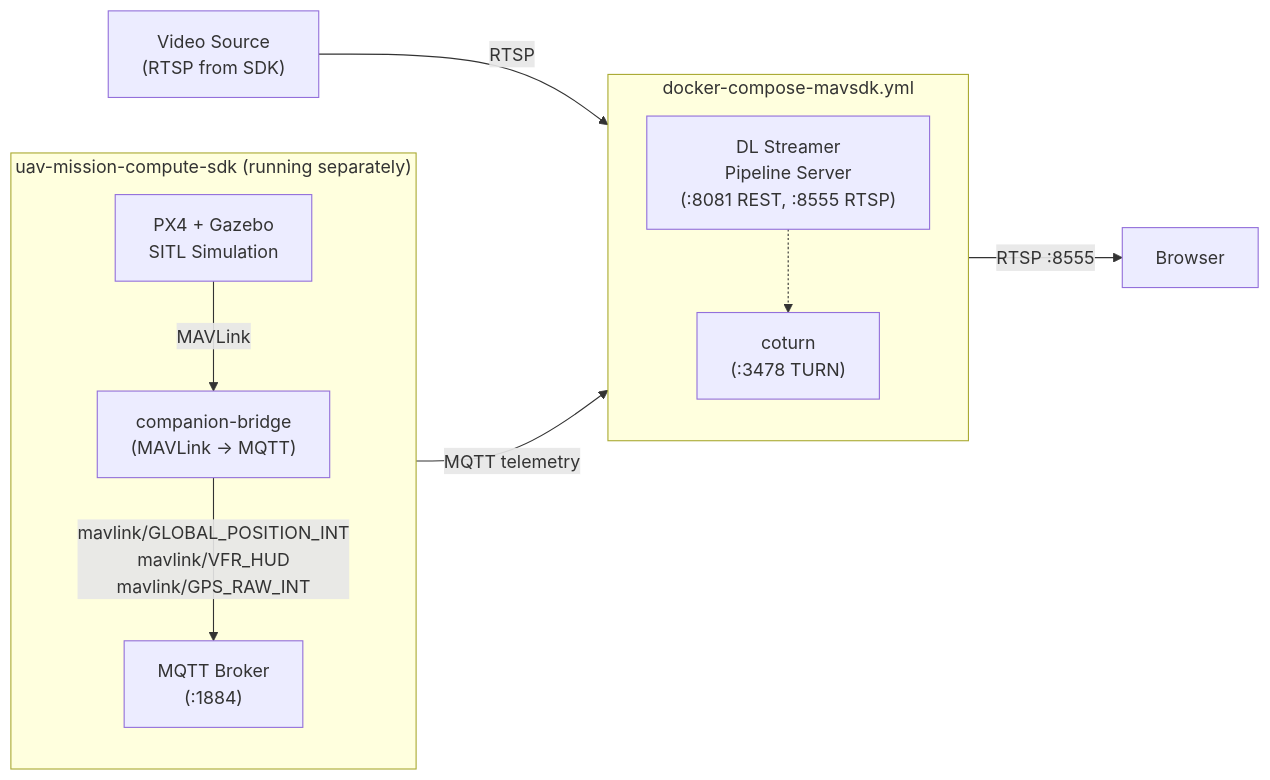
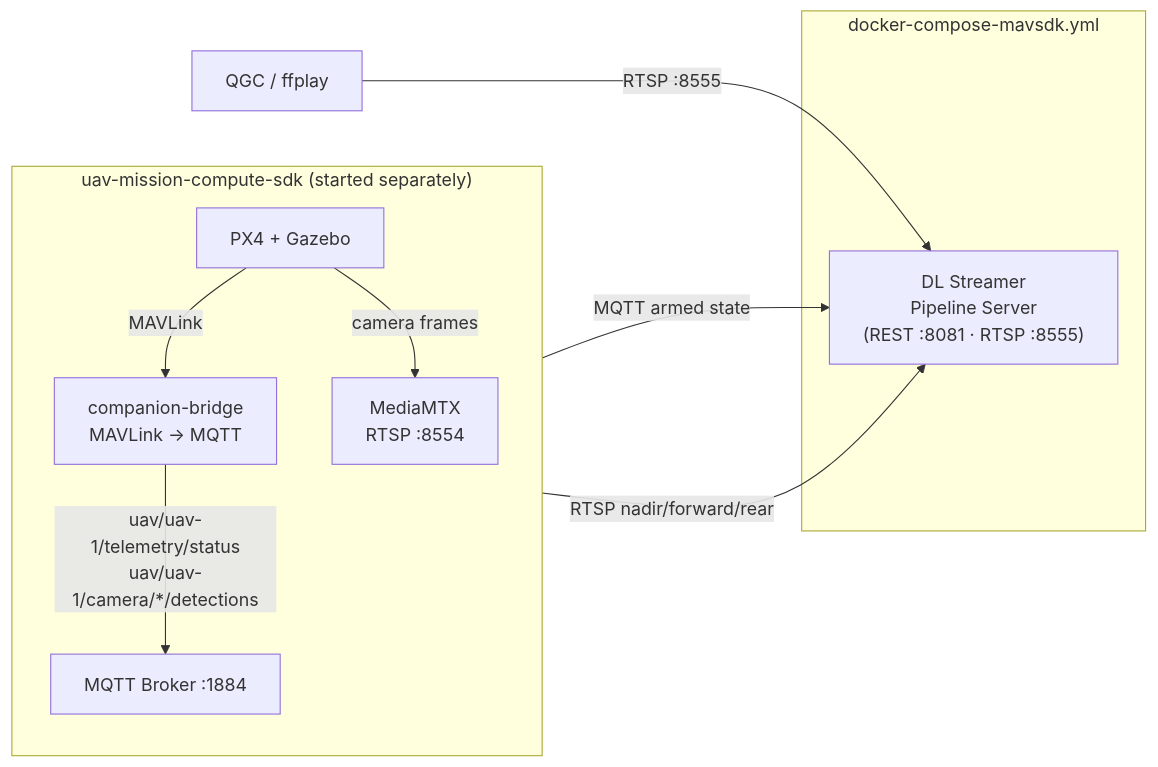
The fourth of 6 diagrams in federal-aerospace/docs/uav-vision-analytics/overview.md (open-edge-platform/edge-ai-suites), drawn with Mermaid before and after one commit. The commit also changed other lines of this file and 7 other files, not shown here.

````diff
--- a/federal-aerospace/docs/uav-vision-analytics/overview.md
+++ b/federal-aerospace/docs/uav-vision-analytics/overview.md
@@ -65,23 +108,22 @@
 ```mermaid
 flowchart LR
-    subgraph External["uav-mission-compute-sdk (running separately)"]
+    subgraph SDK["uav-mission-compute-sdk (started separately)"]
         direction TB
-        PX4_EXT["PX4 + Gazebo\nSITL Simulation"]
-        BRIDGE["companion-bridge\n(MAVLink → MQTT)"]
-        BROKER_EXT["MQTT Broker\n(:1884)"]
+        PX4E["PX4 + Gazebo"]
+        BRIDGE["companion-bridge\nMAVLink → MQTT"]
+        BROKER_E["MQTT Broker :1884"]
+        MEDIAMTX["MediaMTX\nRTSP :8554"]
 
-        PX4_EXT -->|"MAVLink"| BRIDGE
-        BRIDGE -->|"mavlink/GLOBAL_POSITION_INT\nmavlink/VFR_HUD\nmavlink/GPS_RAW_INT"| BROKER_EXT
+        PX4E -->|"MAVLink"| BRIDGE
+        BRIDGE -->|"uav/uav-1/telemetry/status\nuav/uav-1/camera/*/detections"| BROKER_E
+        PX4E -->|"camera frames"| MEDIAMTX
     end
 
-    subgraph MAVSDK["docker-compose-mavsdk.yml"]
-        direction TB
-        DLSPS2["DL Streamer\nPipeline Server\n(:8081 REST, :8555 RTSP)"]
-        TURN2["coturn\n(:3478 TURN)"]
-        DLSPS2 -.-> TURN2
+    subgraph Stack["docker-compose-mavsdk.yml"]
+        DLSPS2["DL Streamer\nPipeline Server\n(REST :8081 · RTSP :8555)"]
     end
 
-    BROKER_EXT -->|"MQTT telemetry"| DLSPS2
-    VIDEO2["Video Source\n(RTSP from SDK)"] -->|"RTSP"| DLSPS2
-    DLSPS2 -->|"RTSP :8555"| CLIENT2["Browser"]
+    BROKER_E -->|"MQTT armed state"| DLSPS2
+    MEDIAMTX -->|"RTSP nadir/forward/rear"| DLSPS2
+    CLIENT2["QGC / ffplay"] -->|"RTSP :8555"| DLSPS2
 ```
````
